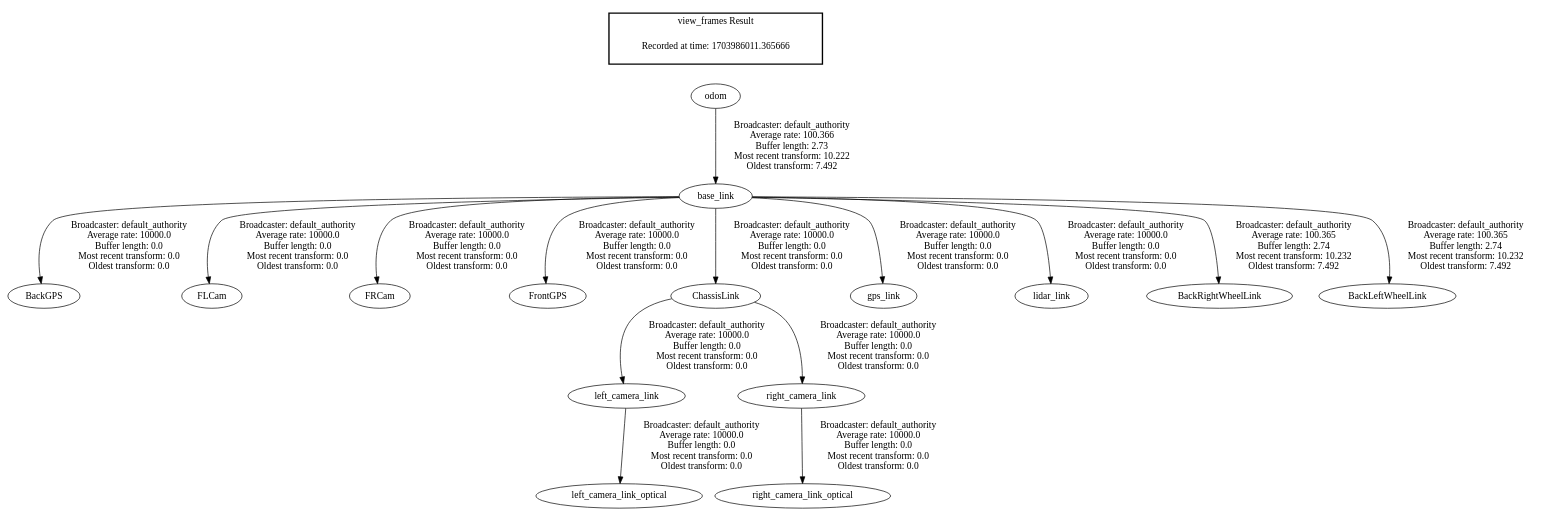
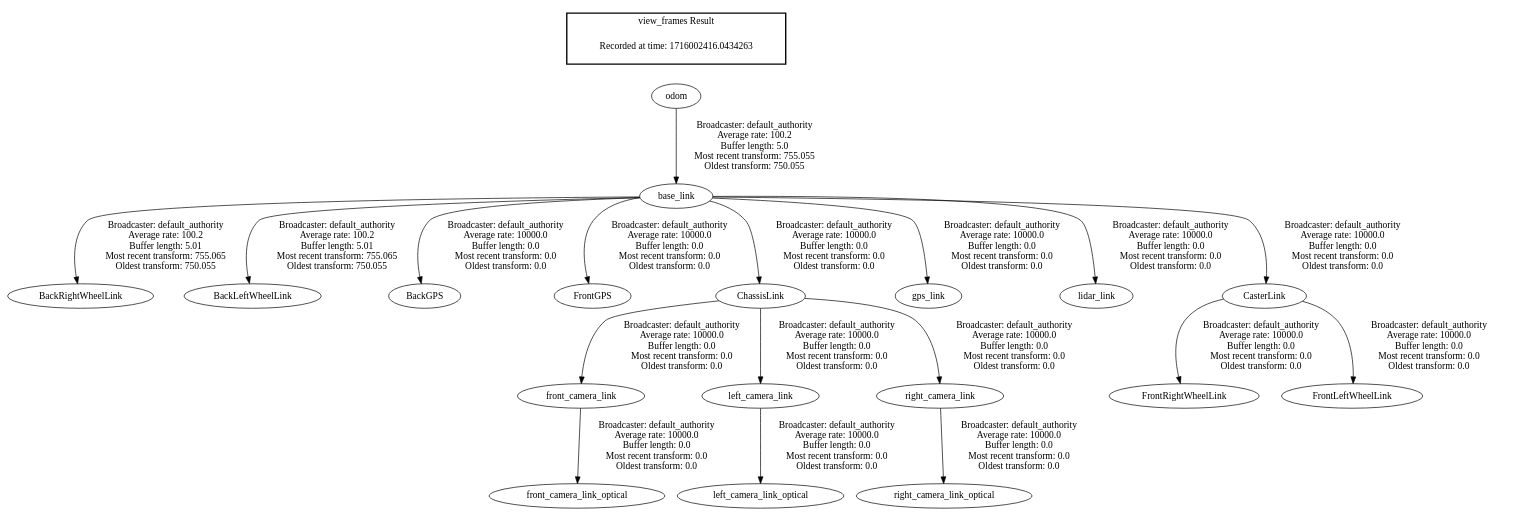
One commit to AndrewGerstenslager/ROS2_Autonomous_Vehicle changed the diagram in dokalman_library/robot_frame_stuff/frames.gv. Above: the diagram before and after it, drawn with Graphviz. The commit also changed 11 other files, not shown here.

```diff
--- a/dokalman_library/robot_frame_stuff/frames.gv
+++ b/dokalman_library/robot_frame_stuff/frames.gv
@@ -1,20 +1,23 @@
 digraph G {
+"base_link" -> "BackRightWheelLink"[label=" Broadcaster: default_authority\nAverage rate: 100.2\nBuffer length: 5.01\nMost recent transform: 755.065\nOldest transform: 750.055\n"];
+"odom" -> "base_link"[label=" Broadcaster: default_authority\nAverage rate: 100.2\nBuffer length: 5.0\nMost recent transform: 755.055\nOldest transform: 750.055\n"];
+"base_link" -> "BackLeftWheelLink"[label=" Broadcaster: default_authority\nAverage rate: 100.2\nBuffer length: 5.01\nMost recent transform: 755.065\nOldest transform: 750.055\n"];
 "base_link" -> "BackGPS"[label=" Broadcaster: default_authority\nAverage rate: 10000.0\nBuffer length: 0.0\nMost recent transform: 0.0\nOldest transform: 0.0\n"];
-"odom" -> "base_link"[label=" Broadcaster: default_authority\nAverage rate: 100.366\nBuffer length: 2.73\nMost recent transform: 10.222\nOldest transform: 7.492\n"];
-"base_link" -> "FLCam"[label=" Broadcaster: default_authority\nAverage rate: 10000.0\nBuffer length: 0.0\nMost recent transform: 0.0\nOldest transform: 0.0\n"];
-"base_link" -> "FRCam"[label=" Broadcaster: default_authority\nAverage rate: 10000.0\nBuffer length: 0.0\nMost recent transform: 0.0\nOldest transform: 0.0\n"];
 "base_link" -> "FrontGPS"[label=" Broadcaster: default_authority\nAverage rate: 10000.0\nBuffer length: 0.0\nMost recent transform: 0.0\nOldest transform: 0.0\n"];
 "base_link" -> "ChassisLink"[label=" Broadcaster: default_authority\nAverage rate: 10000.0\nBuffer length: 0.0\nMost recent transform: 0.0\nOldest transform: 0.0\n"];
+"ChassisLink" -> "front_camera_link"[label=" Broadcaster: default_authority\nAverage rate: 10000.0\nBuffer length: 0.0\nMost recent transform: 0.0\nOldest transform: 0.0\n"];
+"front_camera_link" -> "front_camera_link_optical"[label=" Broadcaster: default_authority\nAverage rate: 10000.0\nBuffer length: 0.0\nMost recent transform: 0.0\nOldest transform: 0.0\n"];
 "base_link" -> "gps_link"[label=" Broadcaster: default_authority\nAverage rate: 10000.0\nBuffer length: 0.0\nMost recent transform: 0.0\nOldest transform: 0.0\n"];
 "ChassisLink" -> "left_camera_link"[label=" Broadcaster: default_authority\nAverage rate: 10000.0\nBuffer length: 0.0\nMost recent transform: 0.0\nOldest transform: 0.0\n"];
 "left_camera_link" -> "left_camera_link_optical"[label=" Broadcaster: default_authority\nAverage rate: 10000.0\nBuffer length: 0.0\nMost recent transform: 0.0\nOldest transform: 0.0\n"];
 "base_link" -> "lidar_link"[label=" Broadcaster: default_authority\nAverage rate: 10000.0\nBuffer length: 0.0\nMost recent transform: 0.0\nOldest transform: 0.0\n"];
 "ChassisLink" -> "right_camera_link"[label=" Broadcaster: default_authority\nAverage rate: 10000.0\nBuffer length: 0.0\nMost recent transform: 0.0\nOldest transform: 0.0\n"];
 "right_camera_link" -> "right_camera_link_optical"[label=" Broadcaster: default_authority\nAverage rate: 10000.0\nBuffer length: 0.0\nMost recent transform: 0.0\nOldest transform: 0.0\n"];
-"base_link" -> "BackRightWheelLink"[label=" Broadcaster: default_authority\nAverage rate: 100.365\nBuffer length: 2.74\nMost recent transform: 10.232\nOldest transform: 7.492\n"];
-"base_link" -> "BackLeftWheelLink"[label=" Broadcaster: default_authority\nAverage rate: 100.365\nBuffer length: 2.74\nMost recent transform: 10.232\nOldest transform: 7.492\n"];
+"base_link" -> "CasterLink"[label=" Broadcaster: default_authority\nAverage rate: 10000.0\nBuffer length: 0.0\nMost recent transform: 0.0\nOldest transform: 0.0\n"];
+"CasterLink" -> "FrontRightWheelLink"[label=" Broadcaster: default_authority\nAverage rate: 10000.0\nBuffer length: 0.0\nMost recent transform: 0.0\nOldest transform: 0.0\n"];
+"CasterLink" -> "FrontLeftWheelLink"[label=" Broadcaster: default_authority\nAverage rate: 10000.0\nBuffer length: 0.0\nMost recent transform: 0.0\nOldest transform: 0.0\n"];
 edge [style=invis];
  subgraph cluster_legend { style=bold; color=black; label ="view_frames Result";
-"Recorded at time: 1703986011.365666"[ shape=plaintext ] ;
+"Recorded at time: 1716002416.0434263"[ shape=plaintext ] ;
 }->"odom";
 }
```
